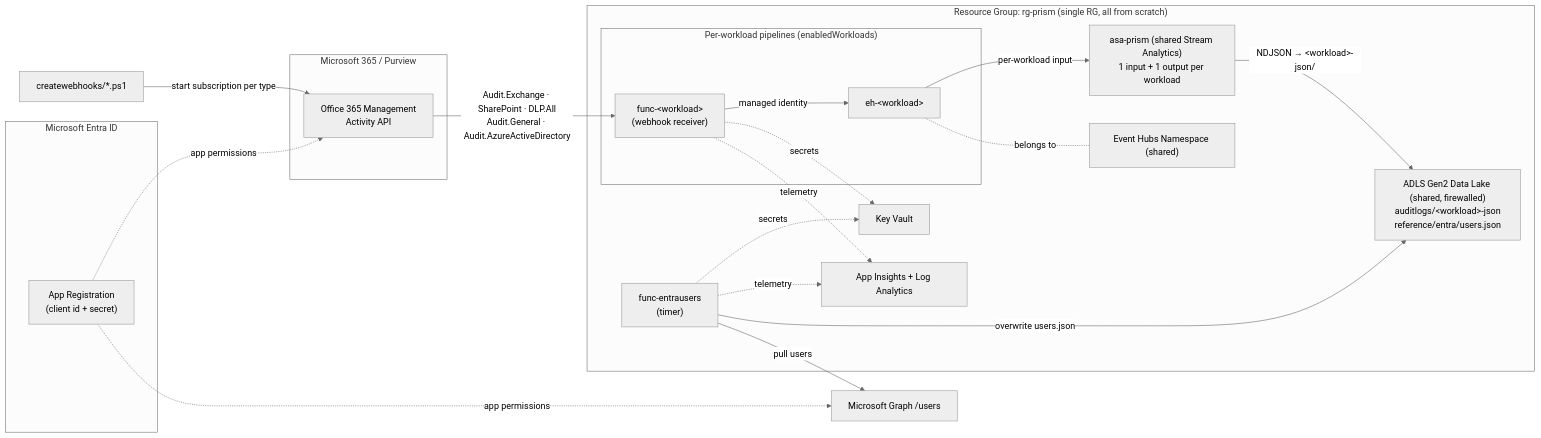
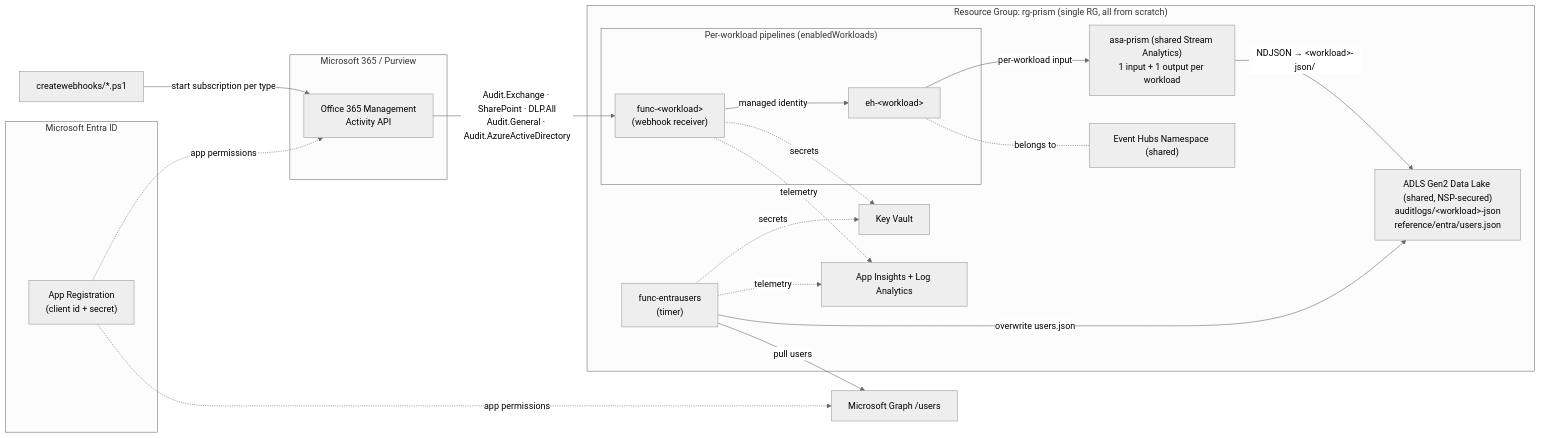
Before and after one commit to MartijnvanGeffen13/PRISM: the first of 2 diagrams in docs/solution-proposal.md, drawn with Mermaid (neutral theme). The commit also changed other lines of this file and 12 other files, not shown here.

````diff
--- a/docs/solution-proposal.md
+++ b/docs/solution-proposal.md
@@ -76,37 +80,37 @@
 ```mermaid
 flowchart LR
     subgraph M365["Microsoft 365 / Purview"]
         MAPI["Office 365 Management<br/>Activity API"]
     end
 
     subgraph Entra["Microsoft Entra ID"]
         APP["App Registration<br/>(client id + secret)"]
     end
 
     subgraph RG["Resource Group: rg-prism (single RG, all from scratch)"]
         subgraph PIPES["Per-workload pipelines (enabledWorkloads)"]
             FUNC["func-&lt;workload&gt;<br/>(webhook receiver)"]
             EH["eh-&lt;workload&gt;"]
         end
         ASA["asa-prism (shared Stream Analytics)<br/>1 input + 1 output per workload"]
         FUNC4["func-entrausers<br/>(timer)"]
         EHNS["Event Hubs Namespace (shared)"]
-        DL["ADLS Gen2 Data Lake (shared, firewalled)<br/>auditlogs/&lt;workload&gt;-json<br/>reference/entra/users.json"]
+        DL["ADLS Gen2 Data Lake (shared, NSP-secured)<br/>auditlogs/&lt;workload&gt;-json<br/>reference/entra/users.json"]
         KV["Key Vault"]
         AI["App Insights + Log Analytics"]
     end
 
     PS["createwebhooks/*.ps1"] -->|start subscription per type| MAPI
     GRAPH["Microsoft Graph /users"]
     APP -. app permissions .-> MAPI
     APP -. app permissions .-> GRAPH
     MAPI -->|Audit.Exchange · SharePoint · DLP.All<br/>Audit.General · Audit.AzureActiveDirectory| FUNC
     FUNC4 -->|pull users| GRAPH
     FUNC -->|managed identity| EH
     EH -. belongs to .- EHNS
     EH -->|per-workload input| ASA
     ASA -->|NDJSON → &lt;workload&gt;-json/| DL
     FUNC4 -->|overwrite users.json| DL
     FUNC & FUNC4 -. secrets .-> KV
     FUNC & FUNC4 -. telemetry .-> AI
 ```
````
